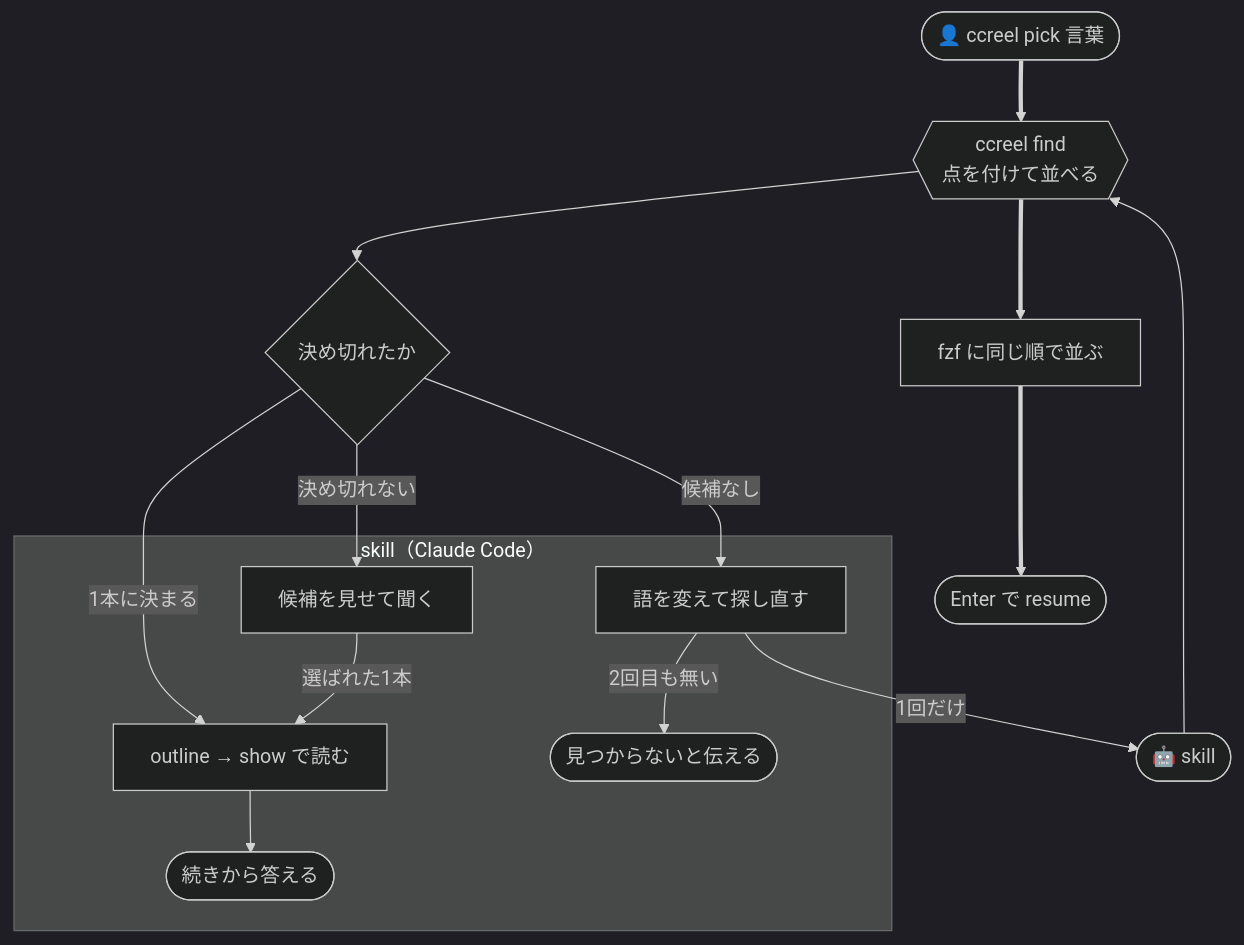
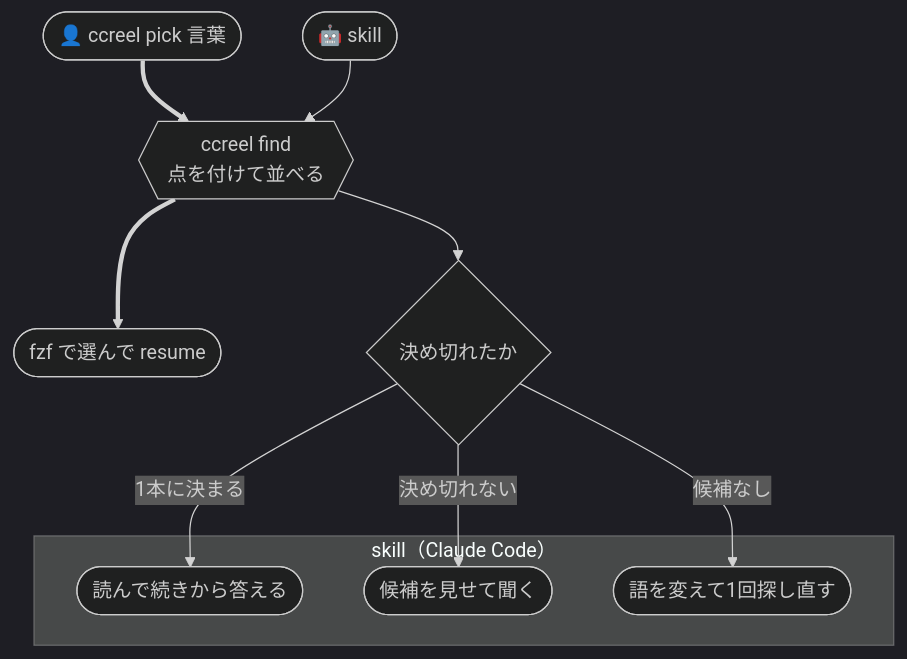
One commit to yktsnet/ccreel changed the first of 2 diagrams in README.md. Above: the diagram before and after it, drawn with Mermaid (dark theme).

Commit message:
docs: simplify the search diagram and drop the loop back to the skill
Each outcome of decided now ends in one node, and the retry no longer points
back at the skill node, which find is the real target of.

````diff
--- a/README.md
+++ b/README.md
@@ -35,24 +35,18 @@
 ```mermaid
 flowchart TD
   human(["👤 ccreel pick 言葉"])
   claude(["🤖 skill"])
   find{{"ccreel find<br/>点を付けて並べる"}}
   human ==> find
   claude --> find
-  find ==> fzf["fzf に同じ順で並ぶ"] ==> resume(["Enter で resume"])
+  find ==> resume(["fzf で選んで resume"])
   find --> dec{"決め切れたか"}
   subgraph S["skill（Claude Code）"]
-    read["outline → show で読む"]
-    ask["候補を見せて聞く"]
-    retry["語を変えて探し直す"]
-    answer(["続きから答える"])
-    none(["見つからないと伝える"])
+    read(["読んで続きから答える"])
+    ask(["候補を見せて聞く"])
+    retry(["語を変えて1回探し直す"])
   end
   dec -->|"1本に決まる"| read
   dec -->|"決め切れない"| ask
   dec -->|"候補なし"| retry
-  ask -->|"選ばれた1本"| read
-  read --> answer
-  retry -->|"1回だけ"| claude
-  retry -->|"2回目も無い"| none
 ```
````
